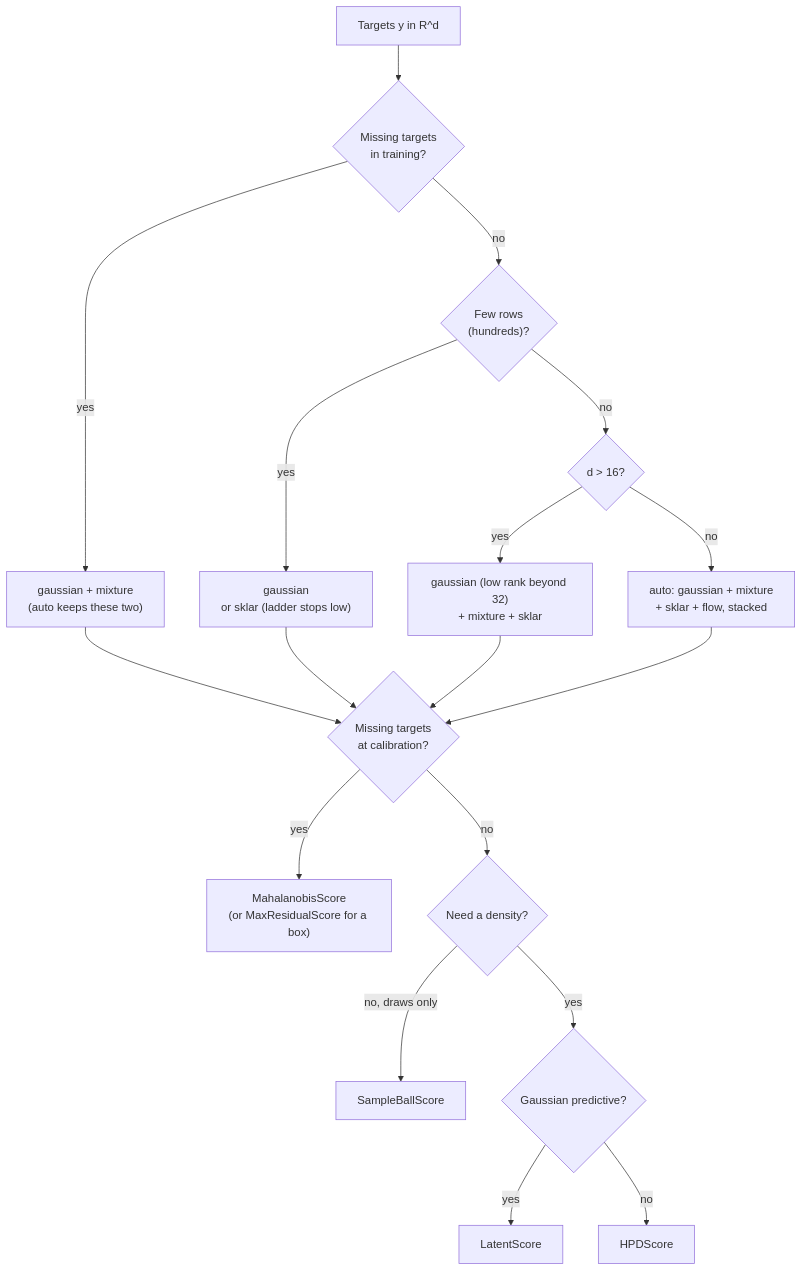
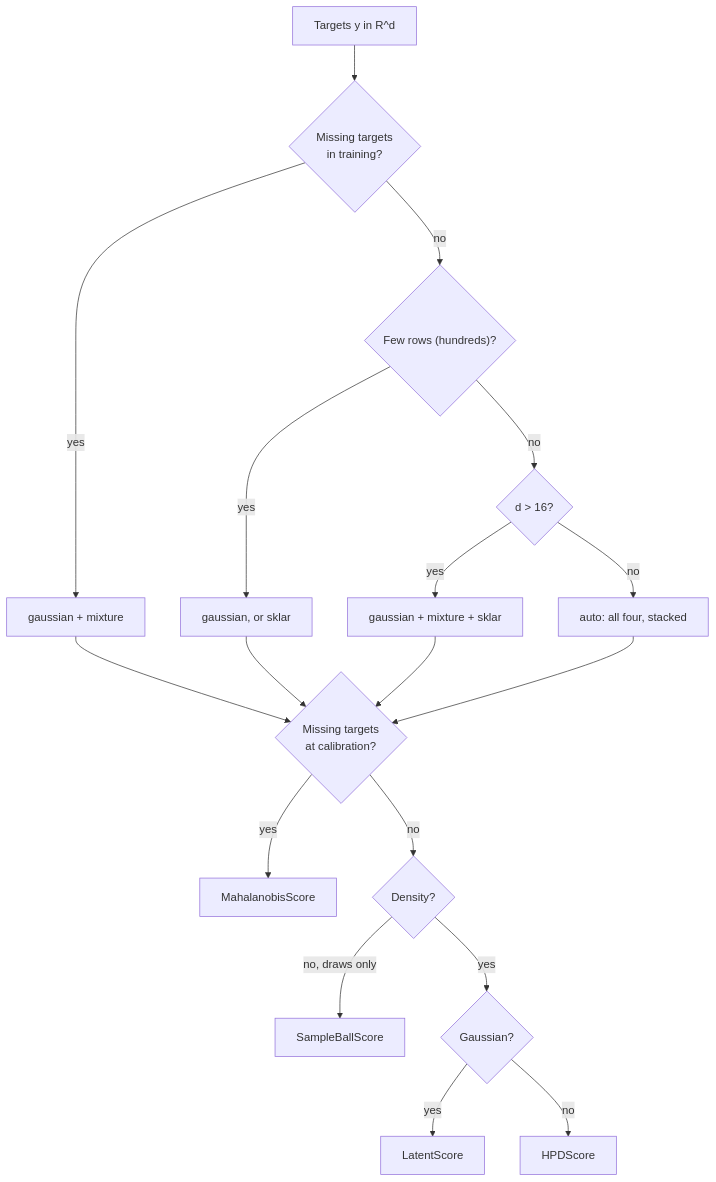
Before and after one commit to sfabbro/torchregress: the second of 2 diagrams in docs/guide/joint-regression.md, drawn with Mermaid. The commit also changed other lines of this file and 81 other files, not shown here.

````diff
--- a/docs/guide/joint-regression.md
+++ b/docs/guide/joint-regression.md
@@ -720,20 +546,20 @@
 ```mermaid
 flowchart TD
     A["Targets y in R^d"] --> B{"Missing targets<br/>in training?"}
-    B -->|"yes"| C["gaussian + mixture<br/>(auto keeps these two)"]
-    B -->|"no"| D{"Few rows<br/>(hundreds)?"}
-    D -->|"yes"| E["gaussian<br/>or sklar (ladder stops low)"]
+    B -->|"yes"| C["gaussian + mixture"]
+    B -->|"no"| D{"Few rows (hundreds)?"}
+    D -->|"yes"| E["gaussian, or sklar"]
     D -->|"no"| F{"d > 16?"}
-    F -->|"yes"| G["gaussian (low rank beyond 32)<br/>+ mixture + sklar"]
-    F -->|"no"| H["auto: gaussian + mixture<br/>+ sklar + flow, stacked"]
+    F -->|"yes"| G["gaussian + mixture + sklar"]
+    F -->|"no"| H["auto: all four, stacked"]
     C --> S{"Missing targets<br/>at calibration?"}
     E --> S
     G --> S
     H --> S
-    S -->|"yes"| M["MahalanobisScore<br/>(or MaxResidualScore for a box)"]
-    S -->|"no"| N{"Need a density?"}
+    S -->|"yes"| M["MahalanobisScore"]
+    S -->|"no"| N{"Density?"}
     N -->|"no, draws only"| P["SampleBallScore"]
-    N -->|"yes"| Q{"Gaussian predictive?"}
+    N -->|"yes"| Q{"Gaussian?"}
     Q -->|"yes"| L["LatentScore"]
     Q -->|"no"| R["HPDScore"]
 ```
````
